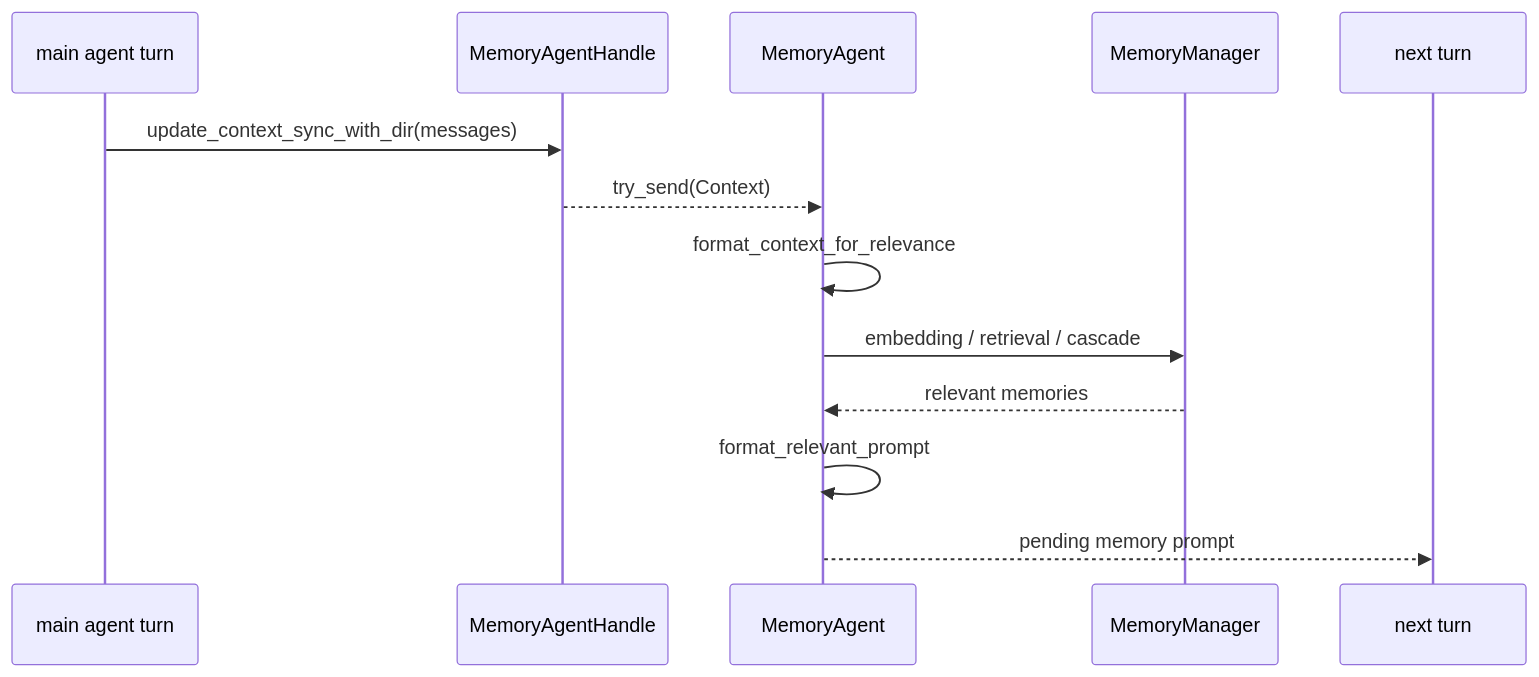
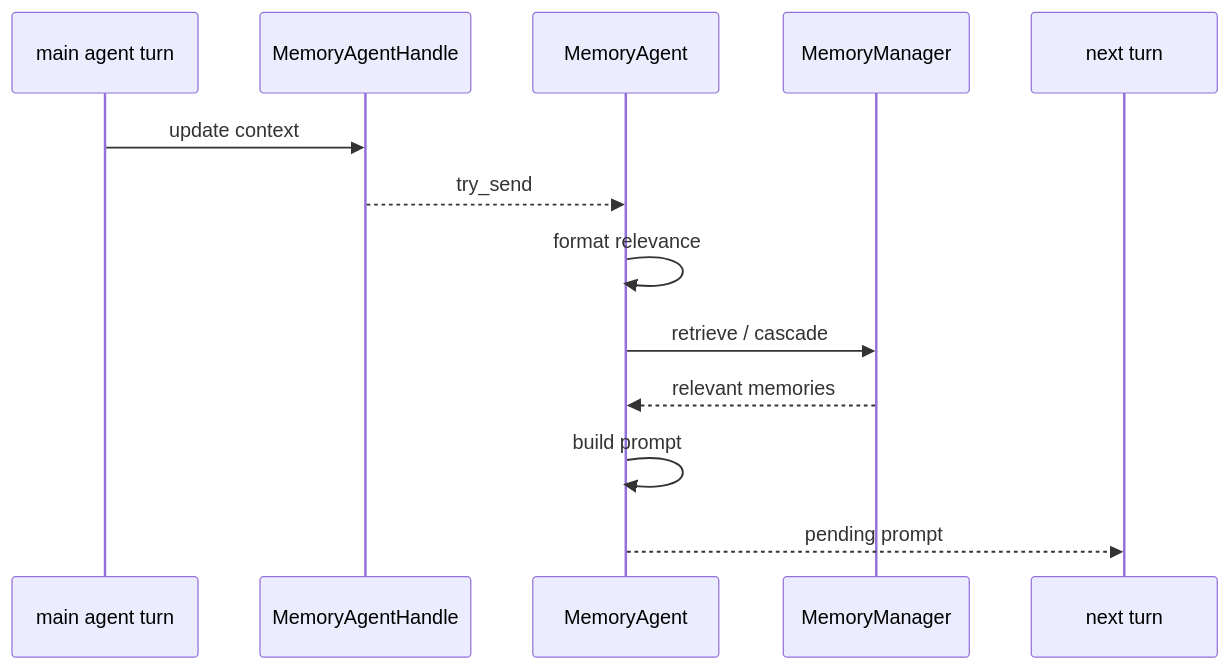
Before and after one commit to Br1an67/learn-jcode: the second of 2 diagrams in docs/en/s07-memory.md, drawn with Mermaid. The commit also changed other lines of this file and 23 other files, not shown here.

Commit message:
Improve Mermaid diagram layout

````diff
--- a/docs/en/s07-memory.md
+++ b/docs/en/s07-memory.md
@@ -166,16 +174,16 @@
 ```mermaid
 sequenceDiagram
   participant Turn as main agent turn
   participant Handle as MemoryAgentHandle
   participant Sidecar as MemoryAgent
   participant Store as MemoryManager
   participant Next as next turn
 
-  Turn->>Handle: update_context_sync_with_dir(messages)
-  Handle-->>Sidecar: try_send(Context)
-  Sidecar->>Sidecar: format_context_for_relevance
-  Sidecar->>Store: embedding / retrieval / cascade
+  Turn->>Handle: update context
+  Handle-->>Sidecar: try_send
+  Sidecar->>Sidecar: format relevance
+  Sidecar->>Store: retrieve / cascade
   Store-->>Sidecar: relevant memories
-  Sidecar->>Sidecar: format_relevant_prompt
-  Sidecar-->>Next: pending memory prompt
+  Sidecar->>Sidecar: build prompt
+  Sidecar-->>Next: pending prompt
 ```
````
